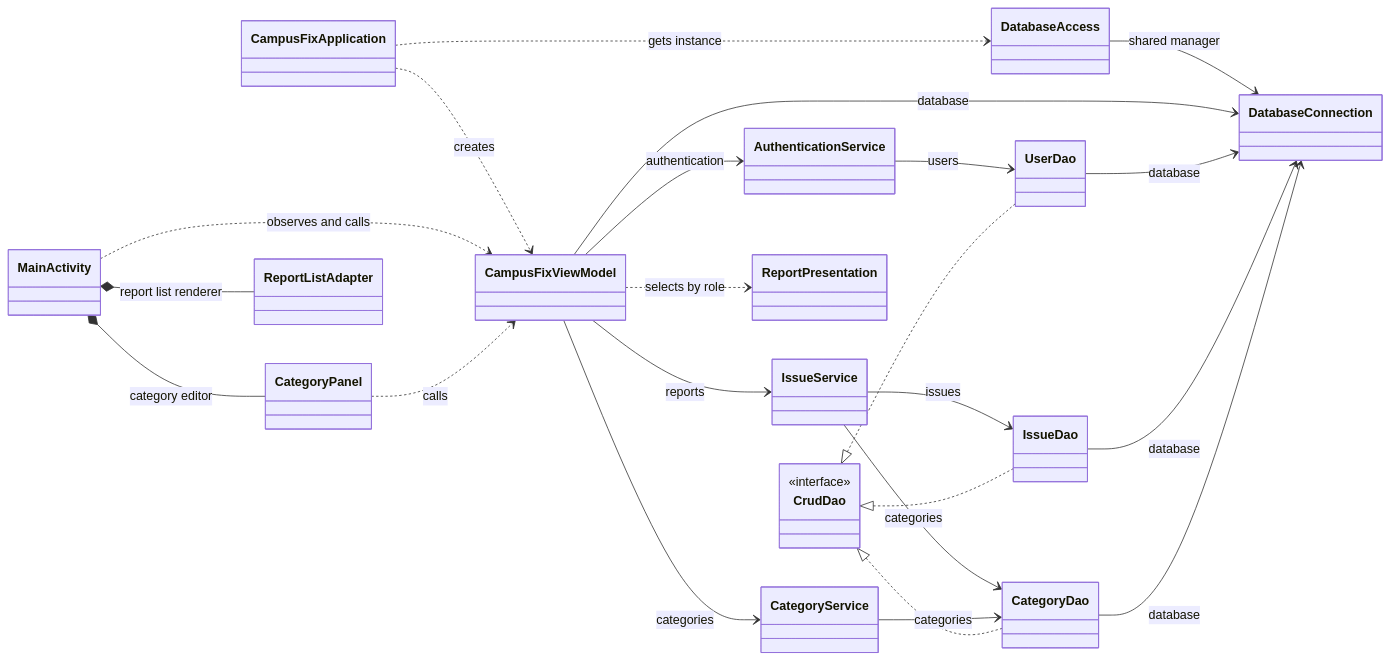
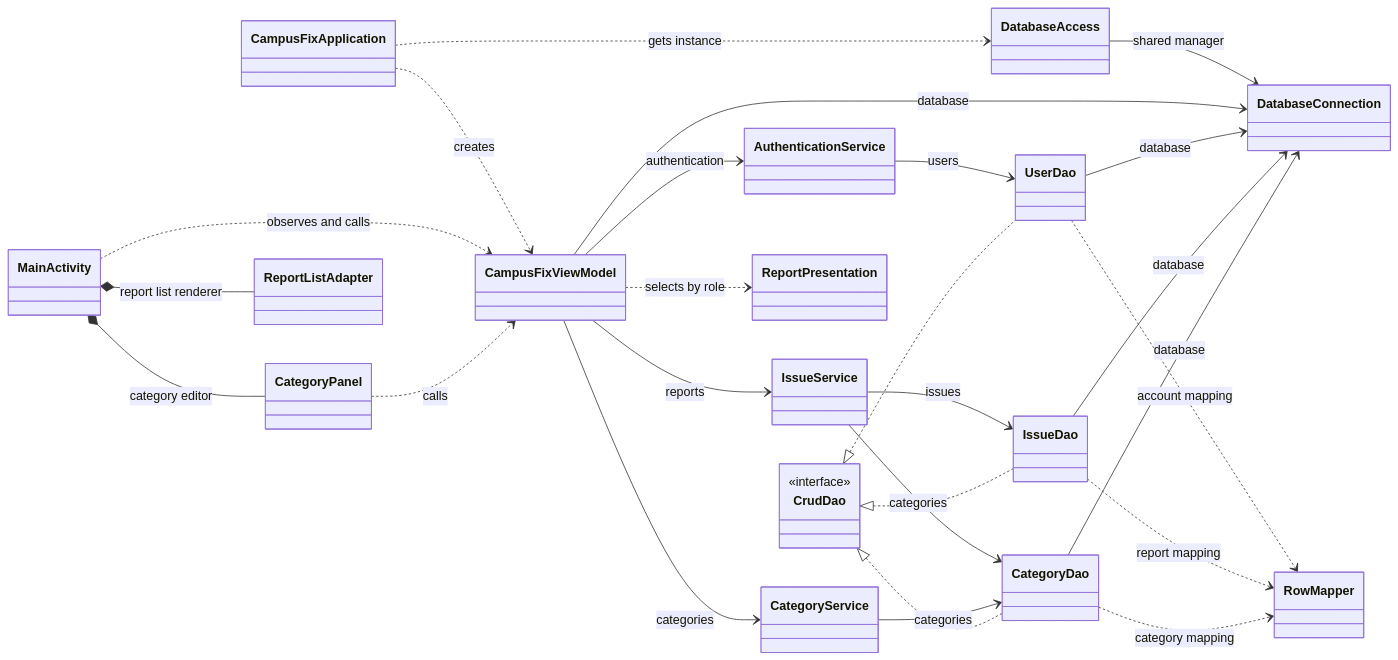
One commit to dfernq/inso-2026-2027-campus-fix changed the diagram in docs/android.md. Above: the diagram before and after it, drawn with Mermaid. The commit also changed other lines of this file, not shown here.

````diff
--- a/docs/android.md
+++ b/docs/android.md
@@ -141,29 +157,32 @@
 ```mermaid
 classDiagram
     direction LR
     class CrudDao {
         <<interface>>
     }
     CampusFixApplication ..> CampusFixViewModel : creates
     CampusFixApplication ..> DatabaseAccess : gets instance
     DatabaseAccess --> DatabaseConnection : shared manager
     MainActivity ..> CampusFixViewModel : observes and calls
     MainActivity *-- CategoryPanel : category editor
     MainActivity *-- ReportListAdapter : report list renderer
     CategoryPanel ..> CampusFixViewModel : calls
     CampusFixViewModel --> DatabaseConnection : database
     CampusFixViewModel --> AuthenticationService : authentication
     CampusFixViewModel --> IssueService : reports
     CampusFixViewModel ..> ReportPresentation : selects by role
     CampusFixViewModel --> CategoryService : categories
     AuthenticationService --> UserDao : users
     IssueService --> IssueDao : issues
     IssueService --> CategoryDao : categories
     CategoryService --> CategoryDao : categories
     UserDao --> DatabaseConnection : database
     IssueDao --> DatabaseConnection : database
     CategoryDao --> DatabaseConnection : database
+    UserDao ..> RowMapper : account mapping
+    IssueDao ..> RowMapper : report mapping
+    CategoryDao ..> RowMapper : category mapping
     CrudDao <|.. UserDao
     CrudDao <|.. IssueDao
     CrudDao <|.. CategoryDao
 ```
````
